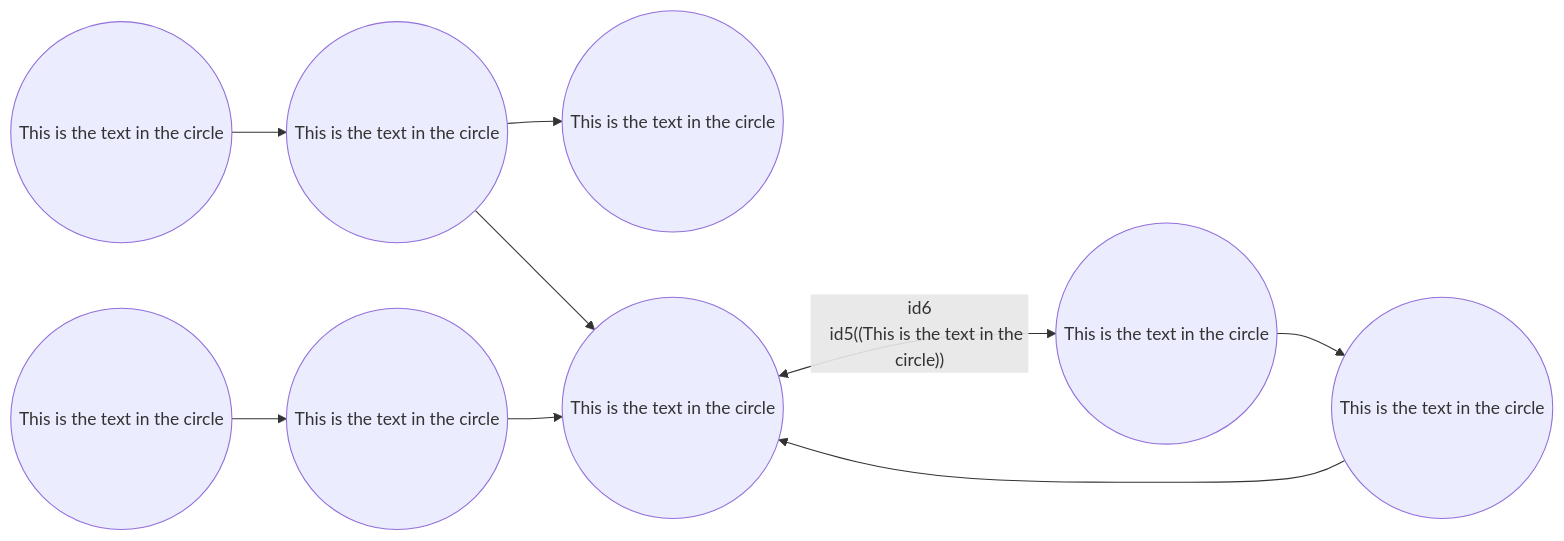
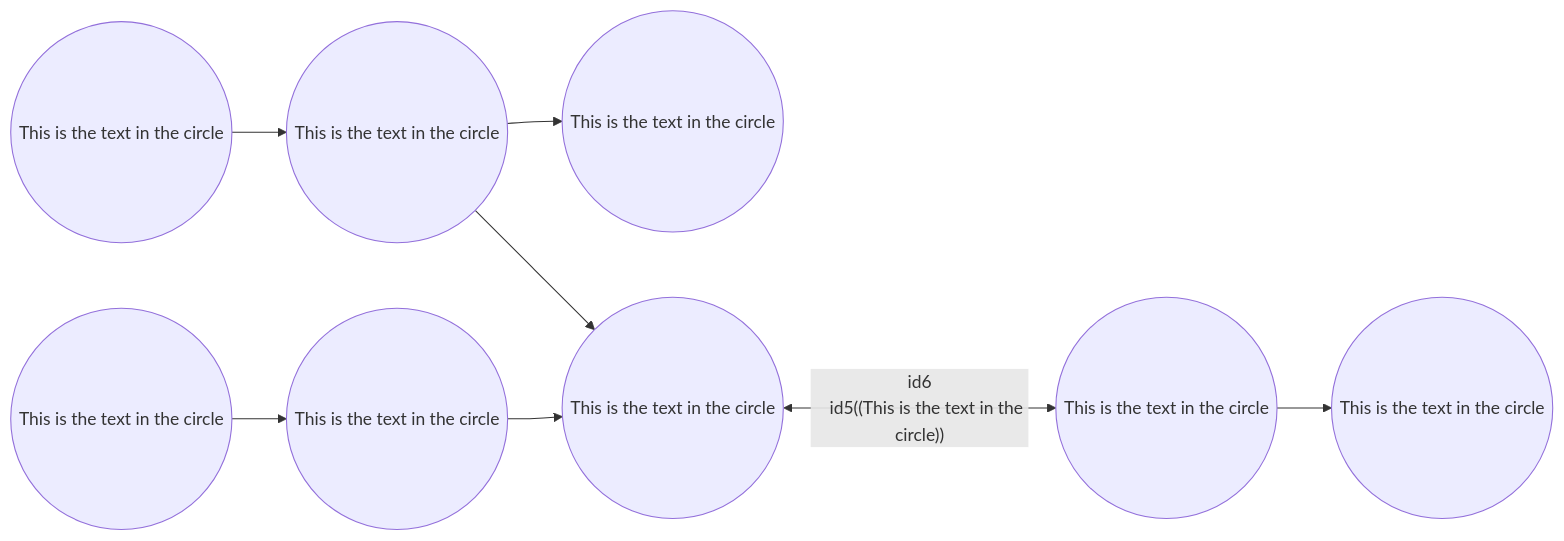
The second of 2 diagrams in slides.md (gerbssusd/dok), drawn with Mermaid before and after one commit.

````diff
--- a/slides.md
+++ b/slides.md
@@ -499,14 +499,14 @@
 ```mermaid {scale: .60}
 
 flowchart LR
     id1((This is the text in the circle)) -->
     id2((This is the text in the circle)) -->
     id3((This is the text in the circle))
        id3.1((This is the text in the circle))-->
        id3.2((This is the text in the circle))-->id4
    id2 --> id4((This is the text in the circle)) <--id6
     id5((This is the text in the circle)) -->
-    id6((This is the text in the circle)) -->id7-->id4
+    id6((This is the text in the circle)) -->
     id7((This is the text in the circle))
 
 ```
````
